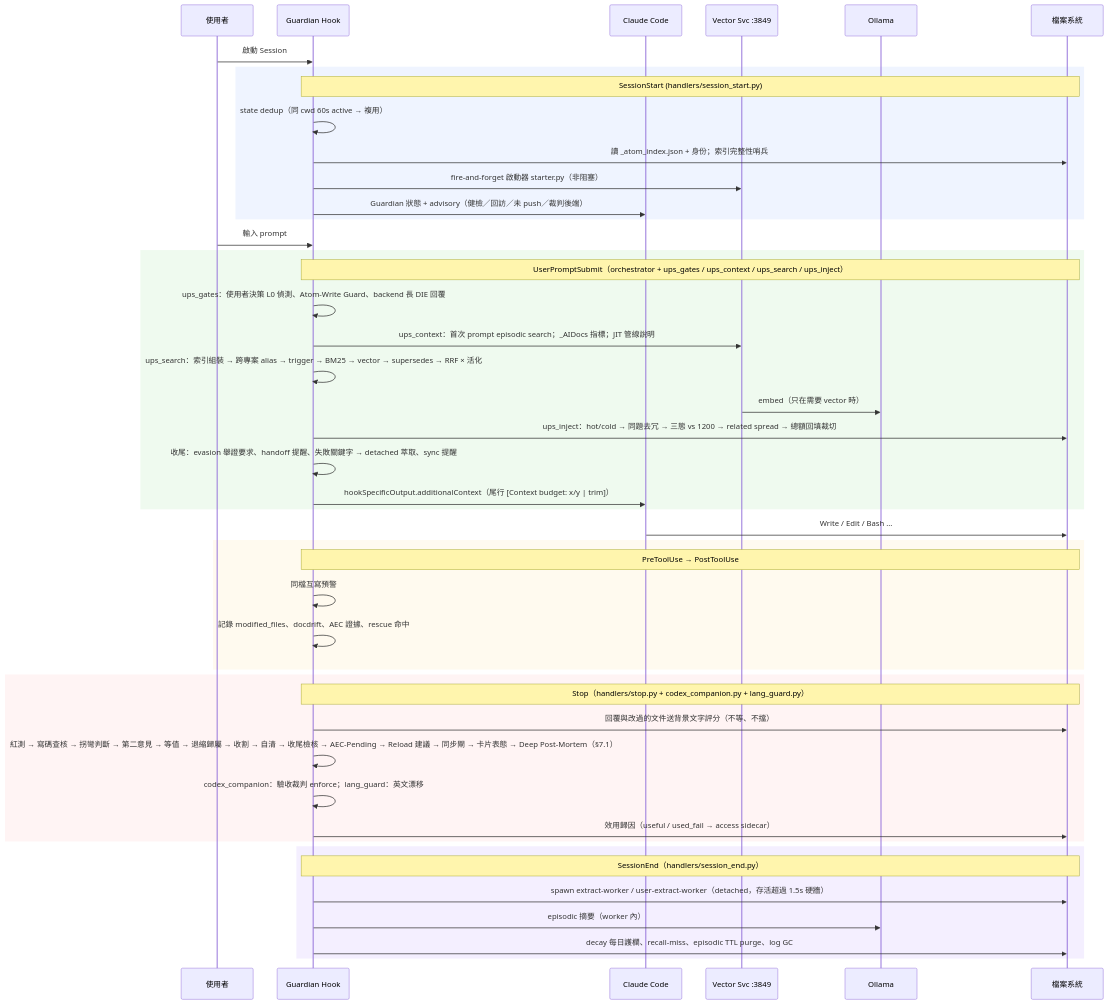
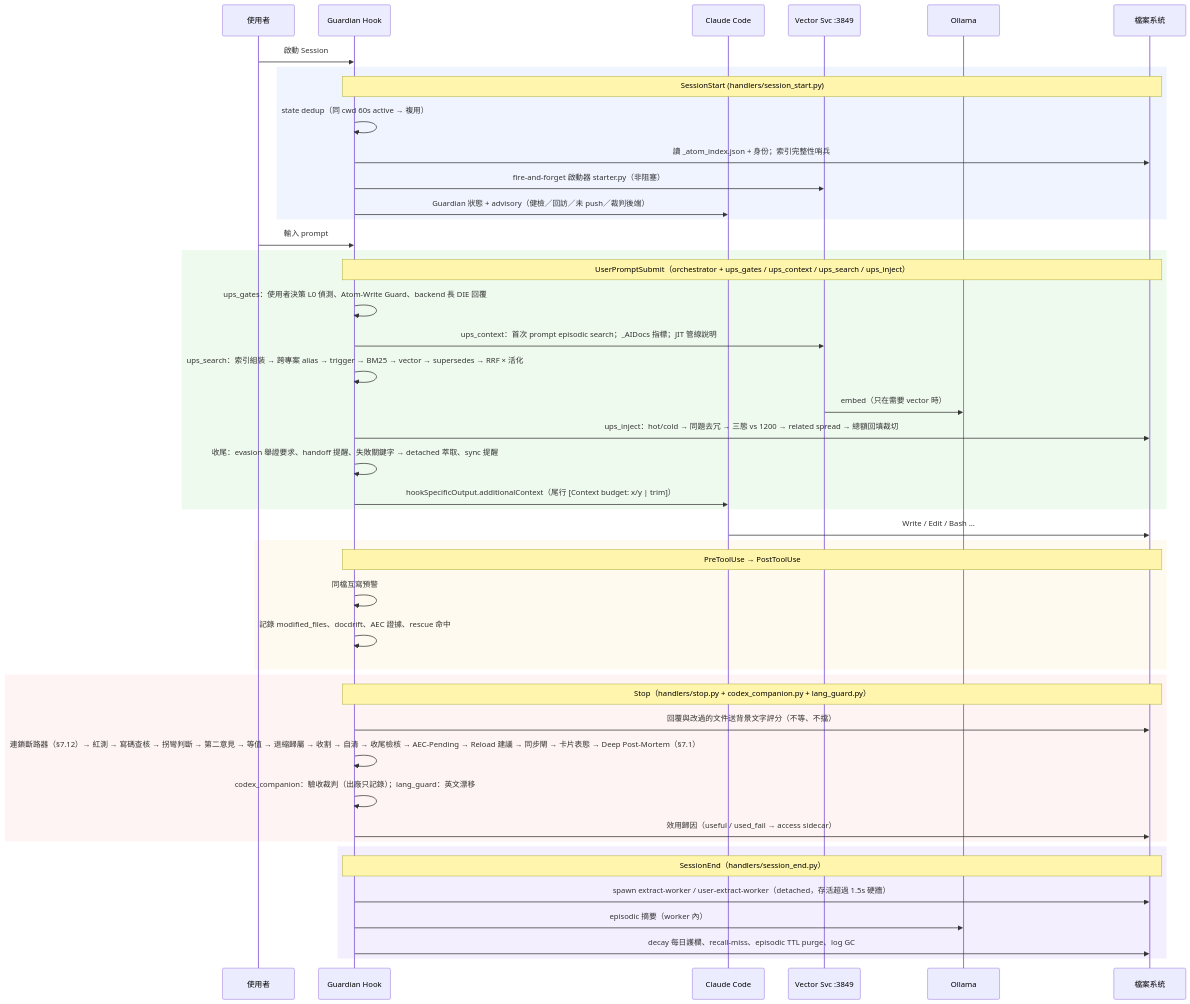
Before and after one commit to holylight1979/AtomicMemory-ClaudeCode: the diagram in TECH.md, drawn with Mermaid. The commit also changed other lines of this file and 11 other files, not shown here.

````diff
--- a/TECH.md
+++ b/TECH.md
@@ -108,52 +108,52 @@
 ```mermaid
 sequenceDiagram
     participant U as 使用者
     participant G as Guardian Hook
     participant C as Claude Code
     participant V as Vector Svc :3849
     participant O as Ollama
     participant F as 檔案系統
 
     U->>G: 啟動 Session
     rect rgba(100,150,255,0.1)
         note over G,F: SessionStart (handlers/session_start.py)
         G->>G: state dedup（同 cwd 60s active → 複用）
         G->>F: 讀 _atom_index.json + 身份；索引完整性哨兵
         G->>V: fire-and-forget 啟動器 starter.py（非阻塞）
         G->>C: Guardian 狀態 + advisory（健檢／回訪／未 push／裁判後端）
     end
 
     U->>G: 輸入 prompt
     rect rgba(100,200,100,0.1)
         note over G,F: UserPromptSubmit（orchestrator + ups_gates / ups_context / ups_search / ups_inject）
         G->>G: ups_gates：使用者決策 L0 偵測、Atom-Write Guard、backend 長 DIE 回覆
         G->>V: ups_context：首次 prompt episodic search；_AIDocs 指標；JIT 管線說明
         G->>G: ups_search：索引組裝 → 跨專案 alias → trigger → BM25 → vector → supersedes → RRF × 活化
         V->>O: embed（只在需要 vector 時）
         G->>F: ups_inject：hot/cold → 同題去冗 → 三態 vs 1200 → related spread → 總額回填裁切
         G->>G: 收尾：evasion 舉證要求、handoff 提醒、失敗關鍵字 → detached 萃取、sync 提醒
         G->>C: hookSpecificOutput.additionalContext（尾行 [Context budget: x/y | trim]）
     end
 
     C->>F: Write / Edit / Bash …
     rect rgba(255,200,100,0.1)
         note over G,F: PreToolUse → PostToolUse
         G->>G: 同檔互寫預警
         G->>G: 記錄 modified_files、docdrift、AEC 證據、rescue 命中
     end
 
     rect rgba(255,150,150,0.1)
         note over G,F: Stop（handlers/stop.py + codex_companion.py + lang_guard.py）
         G->>F: 回覆與改過的文件送背景文字評分（不等、不擋）
-        G->>G: 紅測 → 寫碼查核 → 拐彎判斷 → 第二意見 → 等值 → 退縮歸屬 → 收割 → 自清 → 收尾檢核 → AEC-Pending → Reload 建議 → 同步閘 → 卡片表態 → Deep Post-Mortem（§7.1）
-        G->>G: codex_companion：驗收裁判 enforce；lang_guard：英文漂移
+        G->>G: 連鎖斷路器（§7.12）→ 紅測 → 寫碼查核 → 拐彎判斷 → 第二意見 → 等值 → 退縮歸屬 → 收割 → 自清 → 收尾檢核 → AEC-Pending → Reload 建議 → 同步閘 → 卡片表態 → Deep Post-Mortem（§7.1）
+        G->>G: codex_companion：驗收裁判（出廠只記錄）；lang_guard：英文漂移
         G->>F: 效用歸因（useful / used_fail → access sidecar）
     end
 
     rect rgba(150,100,255,0.1)
         note over G,F: SessionEnd（handlers/session_end.py）
         G->>F: spawn extract-worker / user-extract-worker（detached，存活超過 1.5s 硬牆）
         G->>O: episodic 摘要（worker 內）
         G->>F: decay 每日護欄、recall-miss、episodic TTL purge、log GC
     end
 ```
````
